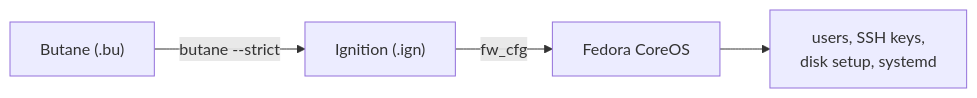
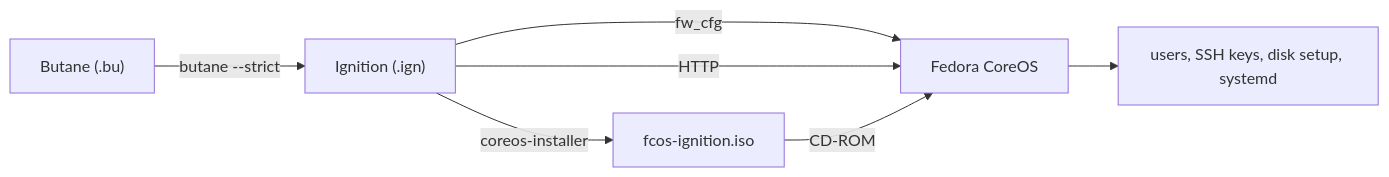
One commit to marcuwynu23/linux-initial-boot-provisioning changed the first of 3 diagrams in README.md. Above: the diagram before and after it, drawn with Mermaid. The commit also changed other lines of this file, not shown here.

Commit message:
docs: enhance README with additional Ignition delivery methods and comparison table

````diff
--- a/README.md
+++ b/README.md
@@ -52,6 +52,9 @@
 ```mermaid
 flowchart LR
     A["Butane (.bu)"] -->|butane --strict| B["Ignition (.ign)"]
     B -->|fw_cfg| C["Fedora CoreOS"]
-    C --> D["users, SSH keys,<br>disk setup, systemd"]
+    B -->|HTTP| C
+    B -->|coreos-installer| D["fcos-ignition.iso"]
+    D -->|CD-ROM| C
+    C --> E["users, SSH keys, disk setup, systemd"]
 ```
````
